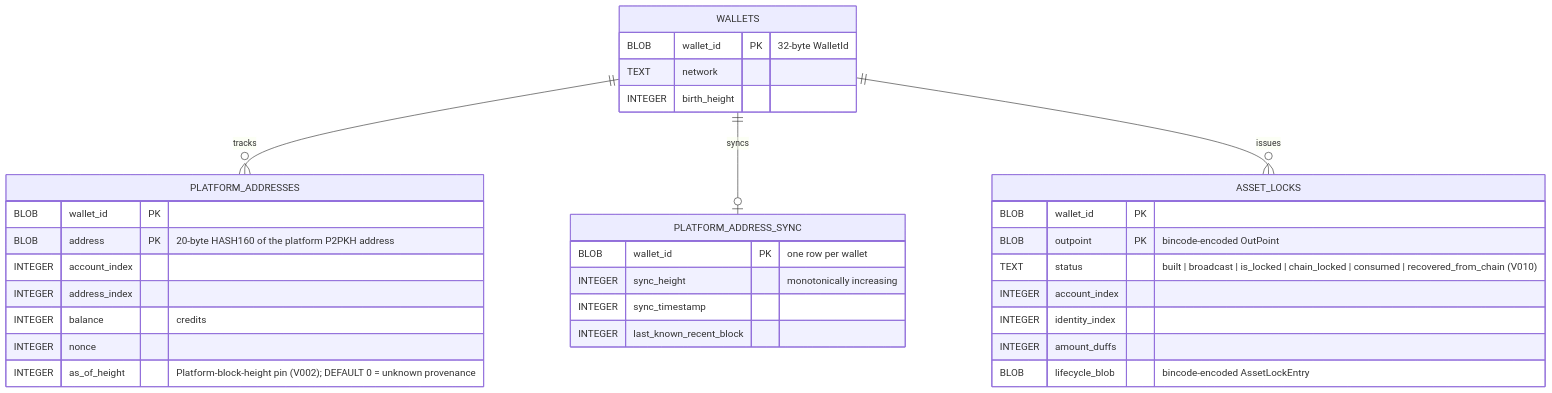
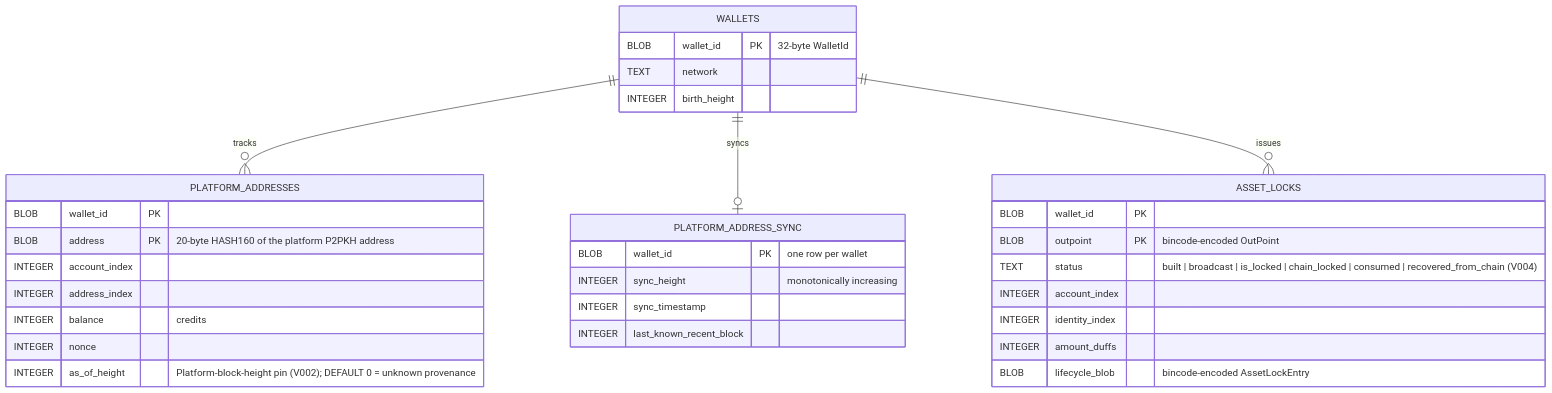
One commit to dashpay/platform changed the fourth of 5 diagrams in packages/rs-platform-wallet-storage/SCHEMA.md. Above: the diagram before and after it, drawn with Mermaid. The commit also changed other lines of this file and 36 other files, not shown here.

````diff
--- a/packages/rs-platform-wallet-storage/SCHEMA.md
+++ b/packages/rs-platform-wallet-storage/SCHEMA.md
@@ -202,39 +202,39 @@
 ```mermaid
 erDiagram
     WALLETS ||--o{ PLATFORM_ADDRESSES : "tracks"
     WALLETS ||--o| PLATFORM_ADDRESS_SYNC : "syncs"
     WALLETS ||--o{ ASSET_LOCKS : "issues"
 
     WALLETS {
         BLOB wallet_id PK "32-byte WalletId"
         TEXT network
         INTEGER birth_height
     }
 
     PLATFORM_ADDRESSES {
         BLOB wallet_id PK
         BLOB address PK "20-byte HASH160 of the platform P2PKH address"
         INTEGER account_index
         INTEGER address_index
         INTEGER balance "credits"
         INTEGER nonce
         INTEGER as_of_height "Platform-block-height pin (V002); DEFAULT 0 = unknown provenance"
     }
 
     PLATFORM_ADDRESS_SYNC {
         BLOB wallet_id PK "one row per wallet"
         INTEGER sync_height "monotonically increasing"
         INTEGER sync_timestamp
         INTEGER last_known_recent_block
     }
 
     ASSET_LOCKS {
         BLOB wallet_id PK
         BLOB outpoint PK "bincode-encoded OutPoint"
-        TEXT status "built | broadcast | is_locked | chain_locked | consumed | recovered_from_chain (V010)"
+        TEXT status "built | broadcast | is_locked | chain_locked | consumed | recovered_from_chain (V004)"
         INTEGER account_index
         INTEGER identity_index
         INTEGER amount_duffs
         BLOB lifecycle_blob "bincode-encoded AssetLockEntry"
     }
 ```
````
